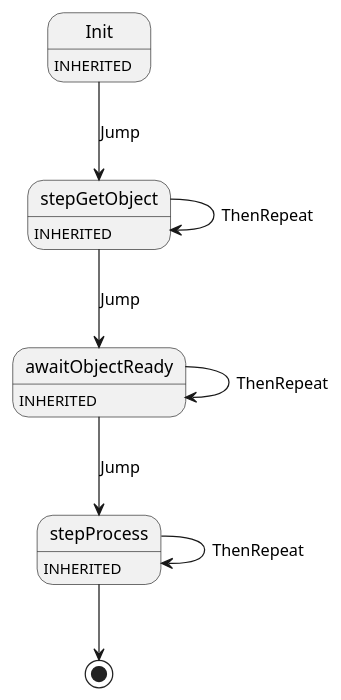
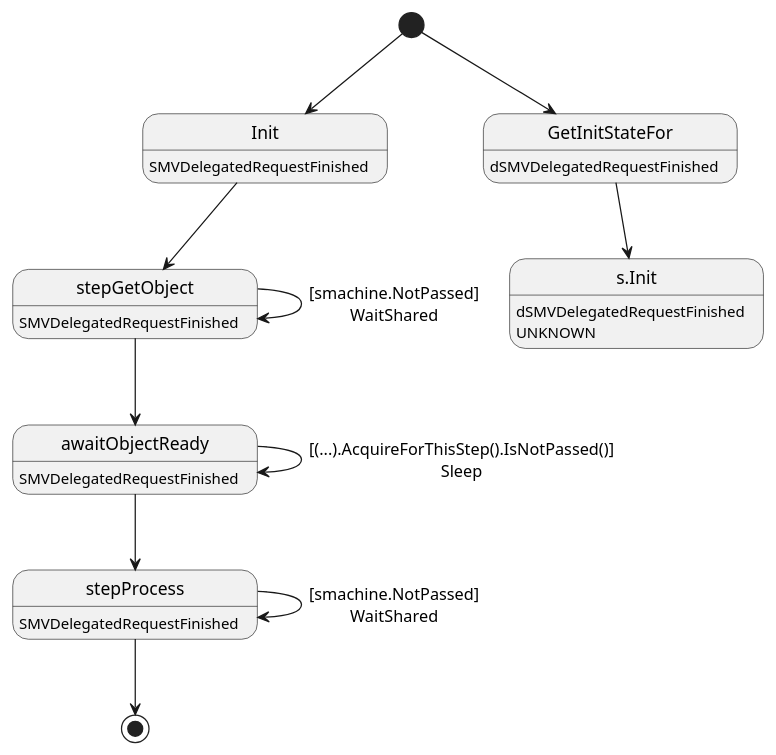
One commit to insolar/assured-ledger changed the diagram in ledger-core/virtual/handlers/vdelegatedrequestfinished.plantuml. Above: the diagram before and after it, drawn with PlantUML. The commit also changed 15 other files, not shown here.

Commit message:
Updated UML

```diff
--- a/ledger-core/virtual/handlers/vdelegatedrequestfinished.plantuml
+++ b/ledger-core/virtual/handlers/vdelegatedrequestfinished.plantuml
@@ -1,13 +1,25 @@
 @startuml
-Init : INHERITED
-Init --> stepGetObject : Jump
-stepGetObject : INHERITED
-stepGetObject --> awaitObjectReady : Jump
-stepGetObject --> stepGetObject : ThenRepeat
-awaitObjectReady : INHERITED
-awaitObjectReady --> stepProcess : Jump
-awaitObjectReady --> awaitObjectReady : ThenRepeat
-stepProcess : INHERITED
-stepProcess --> [*]
-stepProcess --> stepProcess : ThenRepeat
+state "Init" as T01_S001
+T01_S001 : SMVDelegatedRequestFinished
+[*] --> T01_S001
+T01_S001 --> T01_S002
+state "awaitObjectReady" as T01_S003
+T01_S003 : SMVDelegatedRequestFinished
+T01_S003 -> T01_S003 : [(...).AcquireForThisStep().IsNotPassed()]\nSleep
+T01_S003 --> T01_S004
+state "stepGetObject" as T01_S002
+T01_S002 : SMVDelegatedRequestFinished
+T01_S002 -> T01_S002 : [smachine.NotPassed]\nWaitShared
+T01_S002 --> T01_S003
+state "stepProcess" as T01_S004
+T01_S004 : SMVDelegatedRequestFinished
+T01_S004 -> T01_S004 : [smachine.NotPassed]\nWaitShared
+T01_S004 -->[*]
+state "GetInitStateFor" as T00_S001
+T00_S001 : dSMVDelegatedRequestFinished
+[*] --> T00_S001
+state "s.Init" as T00_U001
+T00_U001 : dSMVDelegatedRequestFinished
+T00_U001 : UNKNOWN 
+T00_S001 --> T00_U001
 @enduml
```
